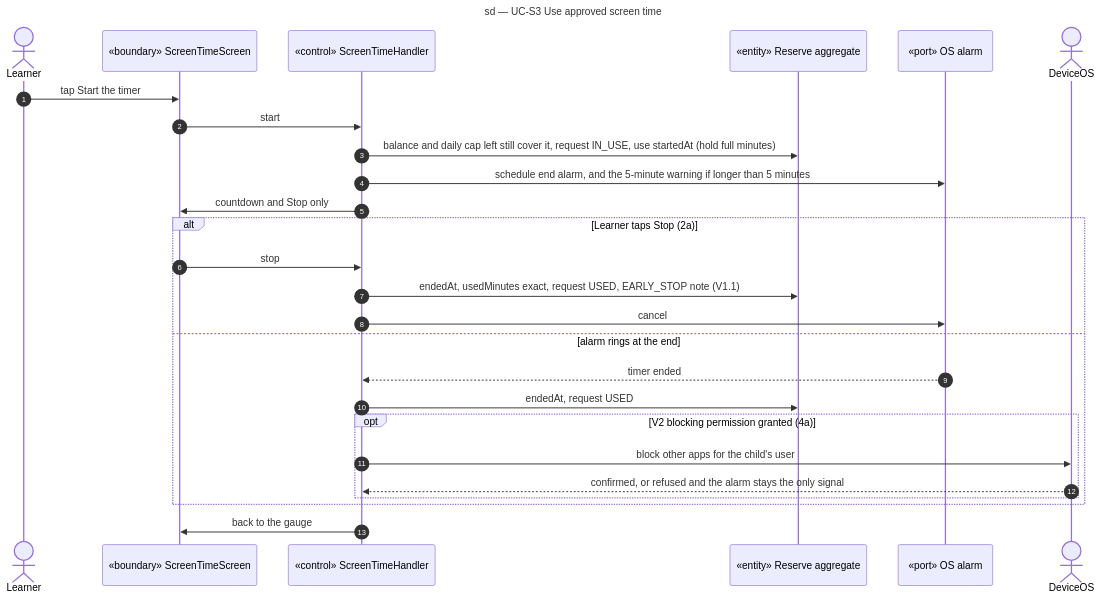
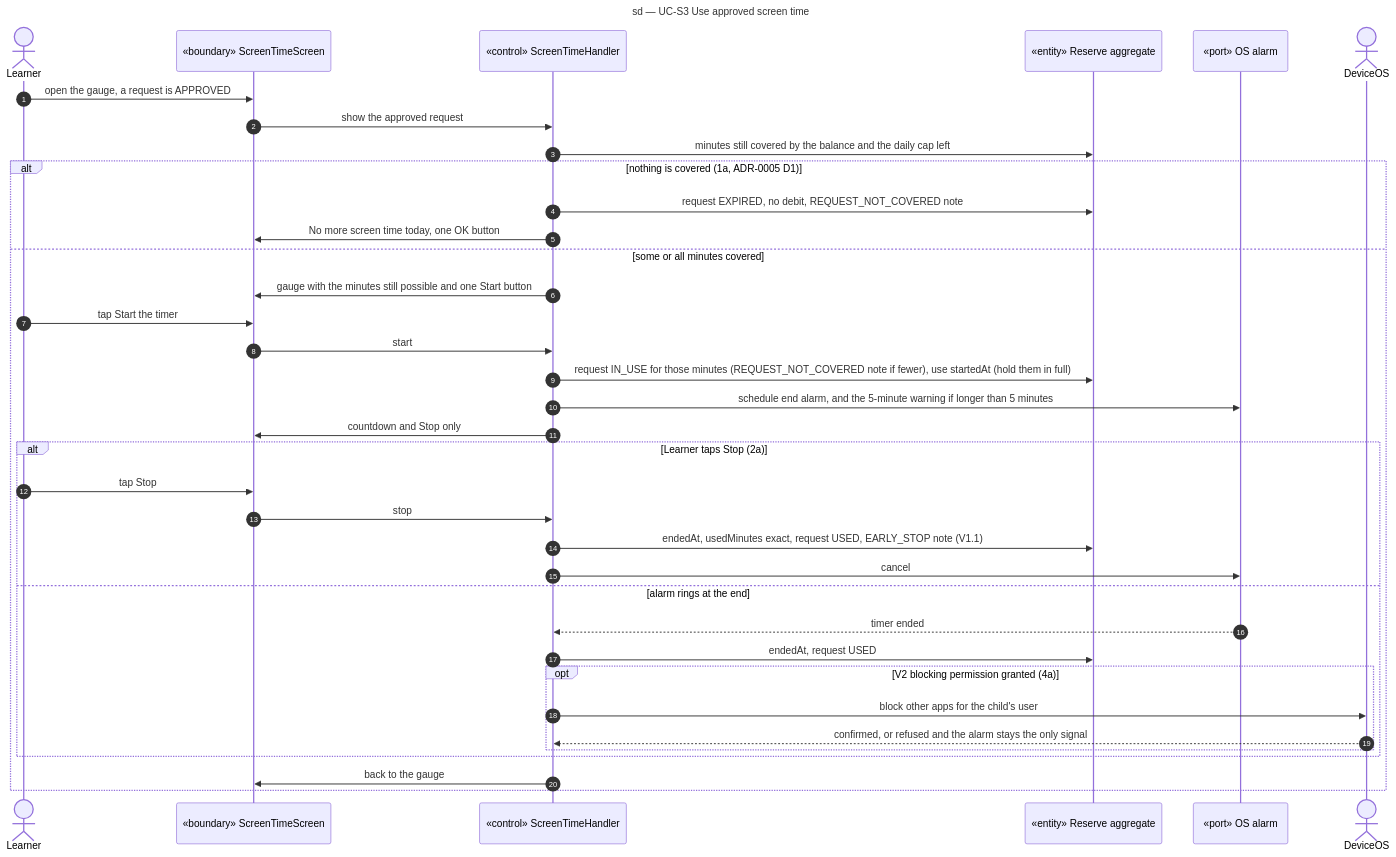
One commit to benoit-bremaud/learn-to-earn changed the diagram in docs/architecture/diagrams/screen-time/04-sequence-use.md. Above: the diagram before and after it, drawn with Mermaid. The commit also changed other lines of this file and 29 other files, not shown here.

First line of the commit message:
docs(architecture): clear the design backlog after the story review

````diff
--- a/docs/architecture/diagrams/screen-time/04-sequence-use.md
+++ b/docs/architecture/diagrams/screen-time/04-sequence-use.md
@@ -16,30 +16,40 @@
 ```mermaid
 sequenceDiagram
   title sd — UC-S3 Use approved screen time
   autonumber
   actor Learner
   participant UI as «boundary» ScreenTimeScreen
   participant Ctl as «control» ScreenTimeHandler
   participant Reserve as «entity» Reserve aggregate
   participant Alarm as «port» OS alarm
   actor DeviceOS
 
-  Learner->>UI: tap Start the timer
-  UI->>Ctl: start
-  Ctl->>Reserve: balance and daily cap left still cover it, request IN_USE, use startedAt (hold full minutes)
-  Ctl->>Alarm: schedule end alarm, and the 5-minute warning if longer than 5 minutes
-  Ctl->>UI: countdown and Stop only
-  alt Learner taps Stop (2a)
-    UI->>Ctl: stop
-    Ctl->>Reserve: endedAt, usedMinutes exact, request USED, EARLY_STOP note (V1.1)
-    Ctl->>Alarm: cancel
-  else alarm rings at the end
-    Alarm-->>Ctl: timer ended
-    Ctl->>Reserve: endedAt, request USED
-    opt V2 blocking permission granted (4a)
-      Ctl->>DeviceOS: block other apps for the child's user
-      DeviceOS-->>Ctl: confirmed, or refused and the alarm stays the only signal
+  Learner->>UI: open the gauge, a request is APPROVED
+  UI->>Ctl: show the approved request
+  Ctl->>Reserve: minutes still covered by the balance and the daily cap left
+  alt nothing is covered (1a, ADR-0005 D1)
+    Ctl->>Reserve: request EXPIRED, no debit, REQUEST_NOT_COVERED note
+    Ctl->>UI: No more screen time today, one OK button
+  else some or all minutes covered
+    Ctl->>UI: gauge with the minutes still possible and one Start button
+    Learner->>UI: tap Start the timer
+    UI->>Ctl: start
+    Ctl->>Reserve: request IN_USE for those minutes (REQUEST_NOT_COVERED note if fewer), use startedAt (hold them in full)
+    Ctl->>Alarm: schedule end alarm, and the 5-minute warning if longer than 5 minutes
+    Ctl->>UI: countdown and Stop only
+    alt Learner taps Stop (2a)
+      Learner->>UI: tap Stop
+      UI->>Ctl: stop
+      Ctl->>Reserve: endedAt, usedMinutes exact, request USED, EARLY_STOP note (V1.1)
+      Ctl->>Alarm: cancel
+    else alarm rings at the end
+      Alarm-->>Ctl: timer ended
+      Ctl->>Reserve: endedAt, request USED
+      opt V2 blocking permission granted (4a)
+        Ctl->>DeviceOS: block other apps for the child's user
+        DeviceOS-->>Ctl: confirmed, or refused and the alarm stays the only signal
+      end
     end
+    Ctl->>UI: back to the gauge
   end
-  Ctl->>UI: back to the gauge
 ```
````
